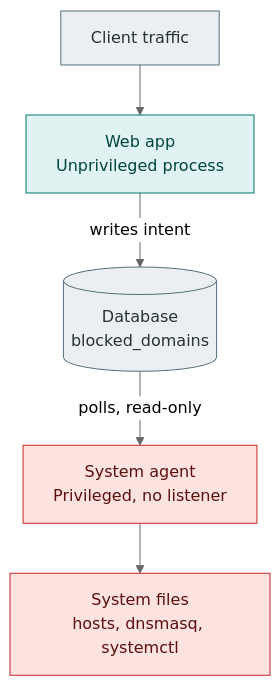
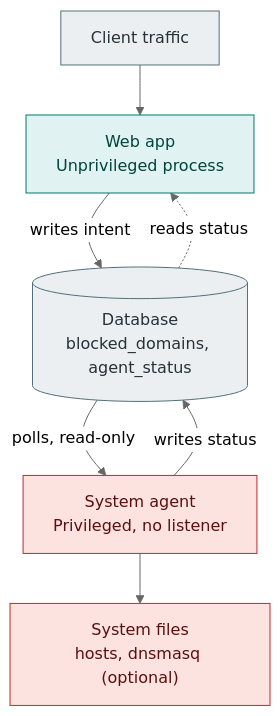
Before and after one commit to Dhruv0306/Antivirus: the first of 4 diagrams in docs/plans/h1-privilege-split-plan.md, drawn with Mermaid (neutral theme). The commit also changed other lines of this file, not shown here.

Commit message:
feat: update diagrams to reflect current implementation and add CI verification pipeline

````diff
--- a/docs/plans/h1-privilege-split-plan.md
+++ b/docs/plans/h1-privilege-split-plan.md
@@ -224,14 +233,16 @@
 ```mermaid
 flowchart TD
     A["Client traffic"] --> B["Web app<br/>Unprivileged process"]
-    B -->|"writes intent"| C[("Database<br/>blocked_domains")]
+    B -->|"writes intent"| C[("Database<br/>blocked_domains, agent_status")]
     C -->|"polls, read-only"| D["System agent<br/>Privileged, no listener"]
-    D --> E["System files<br/>hosts, dnsmasq, systemctl"]
+    D -->|"writes status"| C
+    C -.->|"reads status"| B
+    D --> E["System files<br/>hosts, dnsmasq (optional)"]
 
     classDef teal fill:#e0f2f1,stroke:#00796b,color:#00453b;
     classDef coral fill:#fde3e0,stroke:#c62828,color:#5c0f0f;
     classDef gray fill:#eceff1,stroke:#546e7a,color:#263238;
     class B teal
     class D,E coral
     class A,C gray
 ```
````
